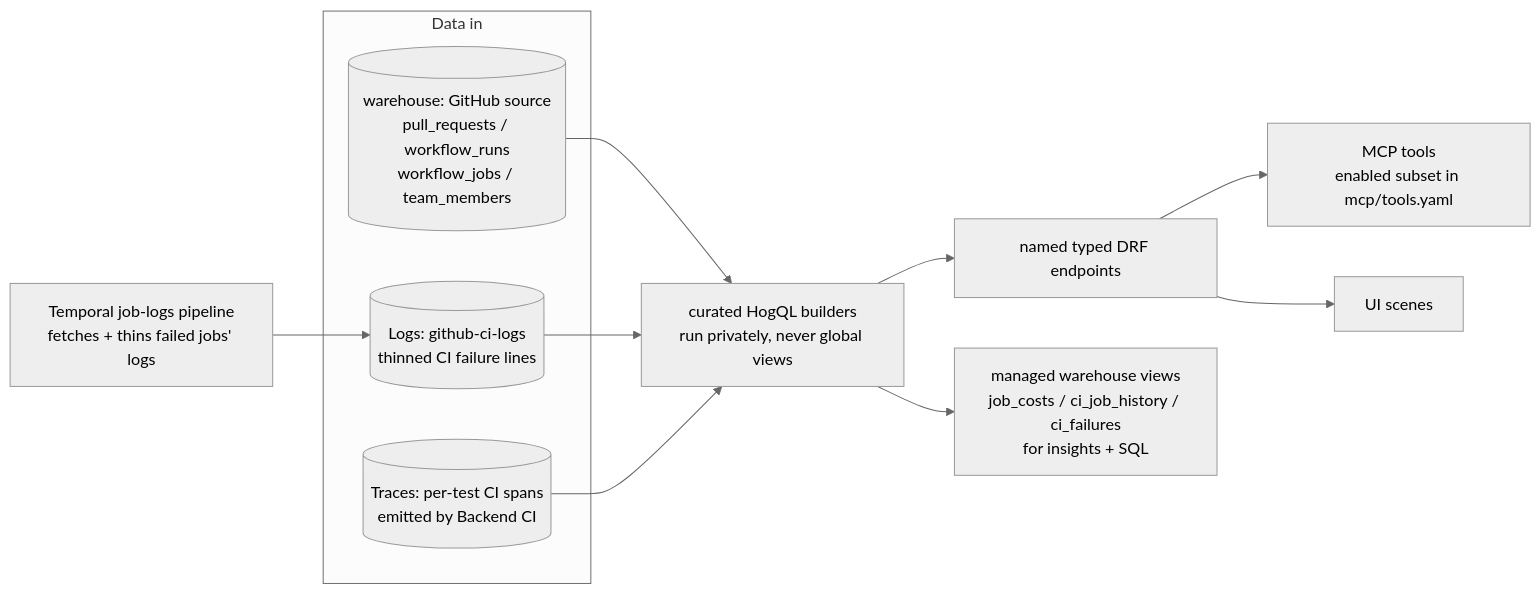
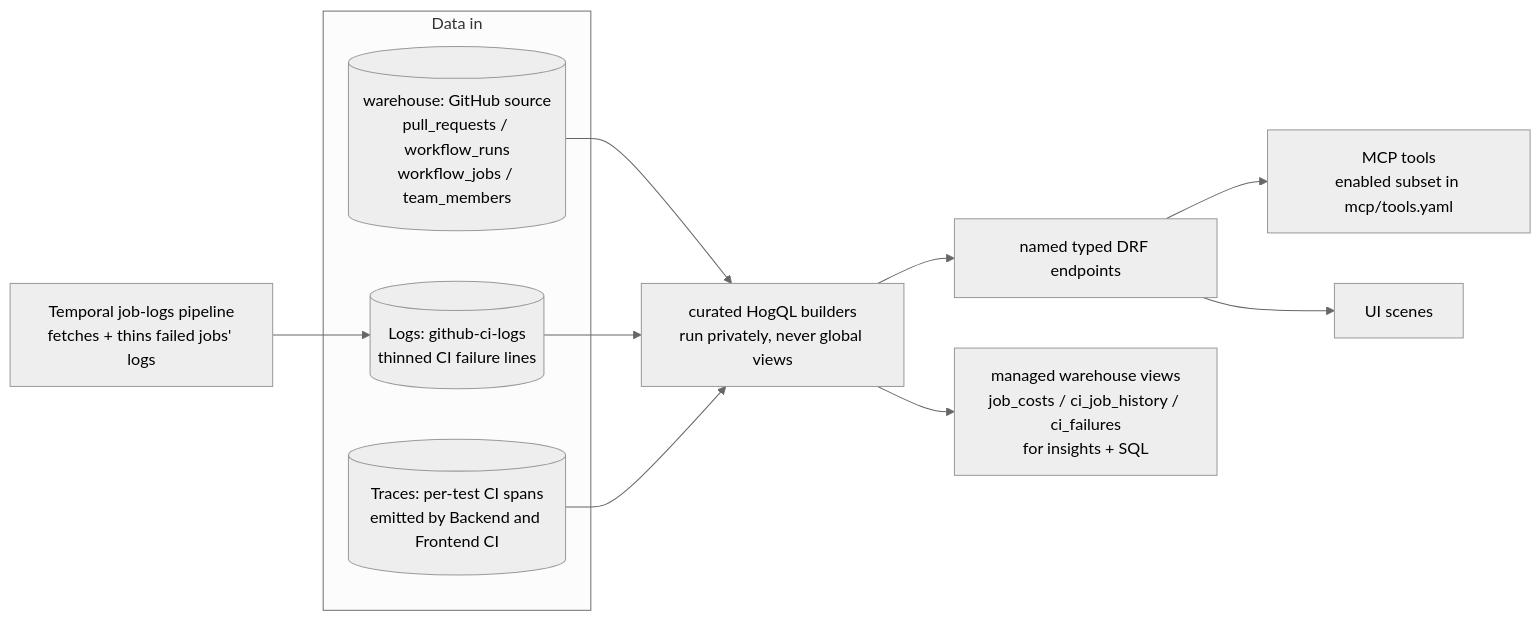
The diagram in mirrors/repos/PostHog@posthog/products/engineering_analytics/README.md (gabrielmoreira/agent-skills-mirror), drawn with Mermaid (neutral theme) before and after one commit. The commit also changed other lines of this file and 2886 other files, not shown here.

````diff
--- a/mirrors/repos/PostHog@posthog/products/engineering_analytics/README.md
+++ b/mirrors/repos/PostHog@posthog/products/engineering_analytics/README.md
@@ -64,18 +64,18 @@
 ```mermaid
 graph LR
     subgraph "Data in"
         WH[("warehouse: GitHub source<br/>pull_requests / workflow_runs<br/>workflow_jobs / team_members")]
         LOGS[("Logs: github-ci-logs<br/>thinned CI failure lines")]
-        TRACES[("Traces: per-test CI spans<br/>emitted by Backend CI")]
+        TRACES[("Traces: per-test CI spans<br/>emitted by Backend and Frontend CI")]
     end
     JL["Temporal job-logs pipeline<br/>fetches + thins failed jobs' logs"] --> LOGS
     CUR["curated HogQL builders<br/>run privately, never global views"]
     WH --> CUR
     LOGS --> CUR
     TRACES --> CUR
     EP["named typed DRF endpoints"]
     CUR --> EP
     EP --> MCP["MCP tools<br/>enabled subset in mcp/tools.yaml"]
     EP --> UI["UI scenes"]
     CUR --> WV["managed warehouse views<br/>job_costs / ci_job_history / ci_failures<br/>for insights + SQL"]
 ```
````
